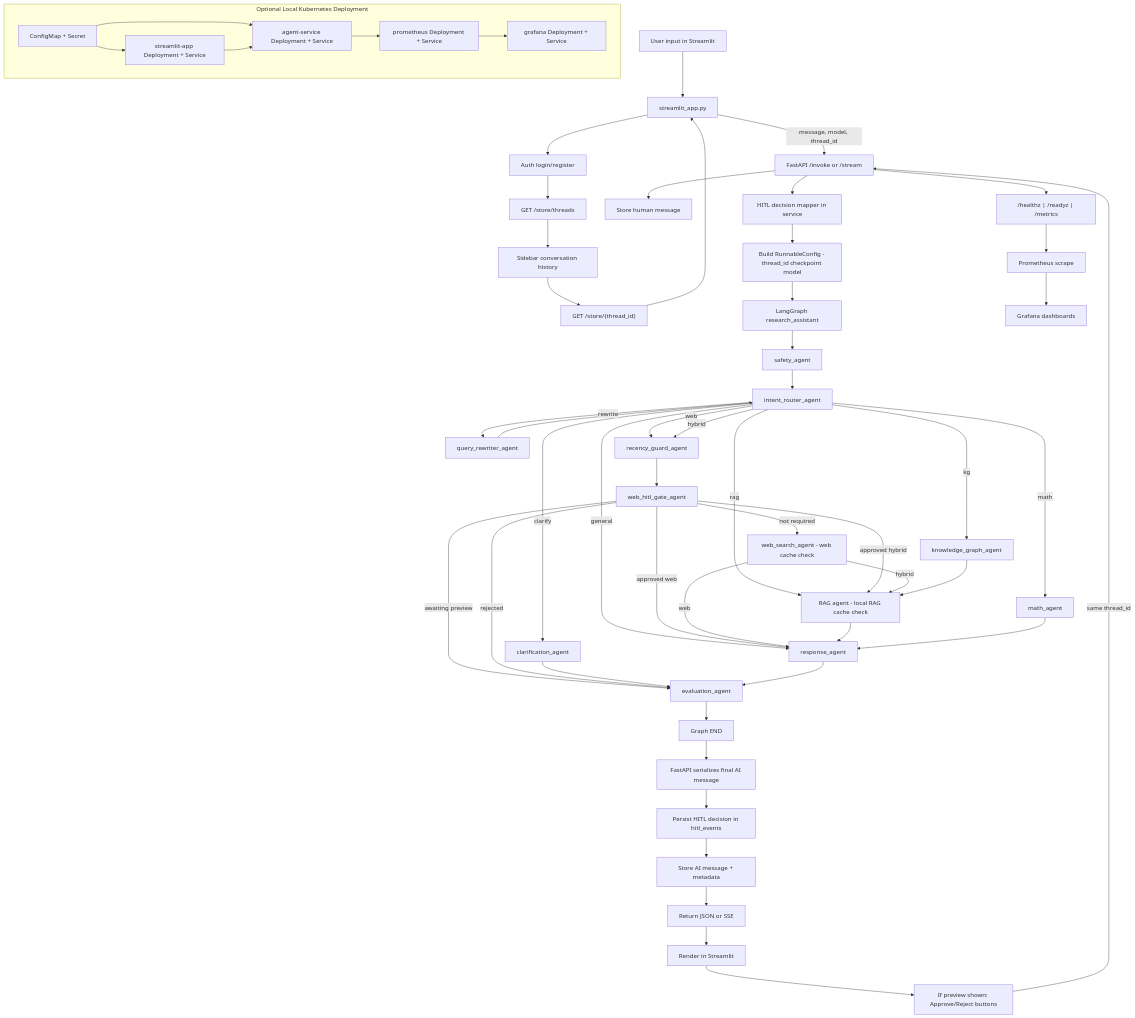
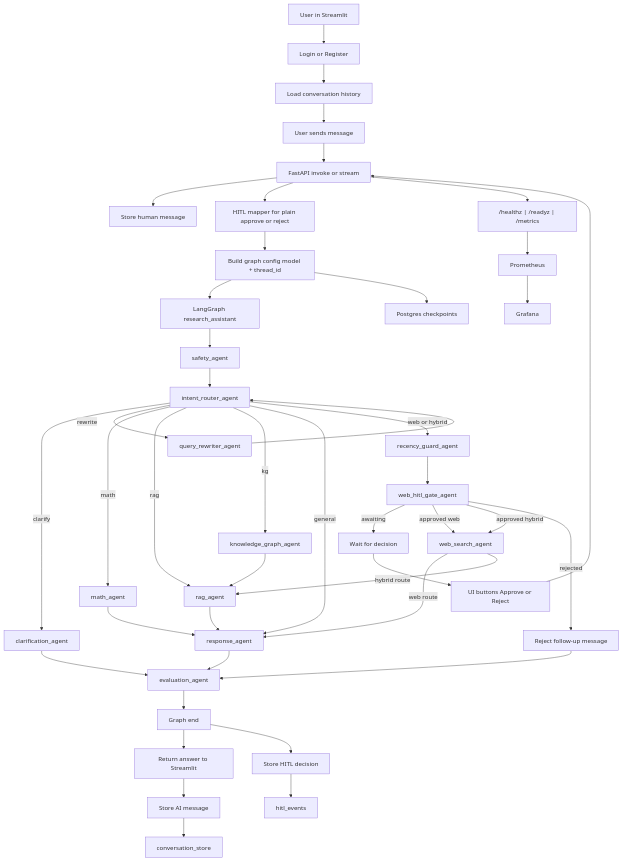
One commit to Theepankumargandhi/Multi-Agent-Orchestration changed the diagram in docs/architecture/agent_runtime_flow.md. Above: the diagram before and after it, drawn with Mermaid. The commit also changed other lines of this file and 2 other files, not shown here.

Commit message:
Updated flowchart

````diff
--- a/docs/architecture/agent_runtime_flow.md
+++ b/docs/architecture/agent_runtime_flow.md
@@ -10,71 +10,61 @@
 ```mermaid
 flowchart TD
-    U[User input in Streamlit] --> ST[streamlit_app.py]
-    ST --> AUTH[Auth login/register]
-    AUTH --> THR[GET /store/threads]
-    THR --> TSEL[Sidebar conversation history]
-    TSEL --> HIST["GET /store/{thread_id}"]
-    HIST --> ST
-    ST -->|message, model, thread_id| API[FastAPI /invoke or /stream]
+    U[User in Streamlit] --> AUTH[Login or Register]
+    AUTH --> HIST[Load conversation history]
+    HIST --> Q[User sends message]
+    Q --> API[FastAPI invoke or stream]
 
     API --> STOREH[Store human message]
-    API --> HMAP[HITL decision mapper in service]
-    HMAP --> CFG[Build RunnableConfig - thread_id checkpoint model]
+    API --> HMAP[HITL mapper for plain approve or reject]
+    HMAP --> CFG[Build graph config model + thread_id]
     CFG --> LG[LangGraph research_assistant]
+    CFG --> CHK[Postgres checkpoints]
 
     LG --> SA[safety_agent]
     SA --> IR[intent_router_agent]
 
     IR -->|clarify| CA[clarification_agent]
+    CA --> EVA[evaluation_agent]
+
     IR -->|rewrite| QR[query_rewriter_agent]
     QR --> IR
 
     IR -->|math| MA[math_agent]
-    IR -->|web| RG[recency_guard_agent]
+    MA --> RESP[response_agent]
+
+    IR -->|rag| RA[rag_agent]
+    RA --> RESP
+
     IR -->|kg| KG[knowledge_graph_agent]
-    IR -->|rag| RA[rag_agent]
-    IR -->|hybrid| RG
-    IR -->|general| RESP[response_agent]
+    KG --> RA
 
+    IR -->|general| RESP
+
+    IR -->|web or hybrid| RG[recency_guard_agent]
     RG --> WH[web_hitl_gate_agent]
-    WH -->|awaiting preview| EVA
-    WH -->|rejected| EVA
-    WH -->|approved web| RESP
-    WH -->|approved hybrid| RA
-    WH -->|not required| WS[web_search_agent - web cache check]
-    WS -->|web| RESP
-    WS -->|hybrid| RA
-    KG --> RA
-    RA[RAG agent - local RAG cache check] --> RESP
-    MA --> RESP
 
-    CA --> EVA[evaluation_agent]
+    WH -->|awaiting| WAIT[Wait for decision]
+    WAIT --> BTN[UI buttons Approve or Reject]
+    BTN --> API
+
+    WH -->|approved web| WS[web_search_agent]
+    WS -->|web route| RESP
+
+    WH -->|approved hybrid| WS
+    WS -->|hybrid route| RA
+
+    WH -->|rejected| REJ[Reject follow-up message]
+    REJ --> EVA
+
     RESP --> EVA
-    EVA --> END[Graph END]
+    EVA --> END[Graph end]
+    END --> APIRESP[Return answer to Streamlit]
+    APIRESP --> STOREA[Store AI message]
+    STOREA --> CST[conversation_store]
+    END --> HITLDB[Store HITL decision]
+    HITLDB --> HITL[hitl_events]
 
-    END --> APIOUT[FastAPI serializes final AI message]
-    APIOUT --> HITAUDIT[Persist HITL decision in hitl_events]
-    HITAUDIT --> STOREA[Store AI message + metadata]
-    STOREA --> RET[Return JSON or SSE]
-    RET --> UI[Render in Streamlit]
-    UI --> HITLBTN[If preview shown: Approve/Reject buttons]
-    HITLBTN -->|same thread_id| API
-
-    API --> OPS["/healthz | /readyz | /metrics"]
-    OPS --> PROM[Prometheus scrape]
-    PROM --> GRAF[Grafana dashboards]
-
-    subgraph K8S[Optional Local Kubernetes Deployment]
-      KCM[ConfigMap + Secret]
-      KAGENT[agent-service Deployment + Service]
-      KUI[streamlit-app Deployment + Service]
-      KPROM[prometheus Deployment + Service]
-      KGRAF[grafana Deployment + Service]
-    end
-
-    KCM --> KAGENT
-    KCM --> KUI
-    KAGENT --> KPROM
-    KPROM --> KGRAF
-    KUI --> KAGENT
+    API --> METRICS["/healthz | /readyz | /metrics"]
+    METRICS --> PROM[Prometheus]
+    PROM --> GRAF[Grafana]
 ```
````
